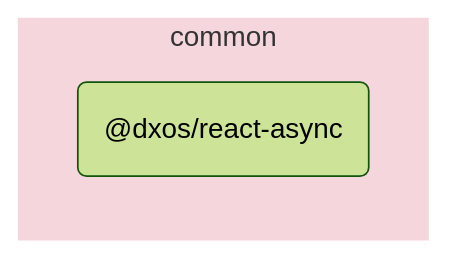
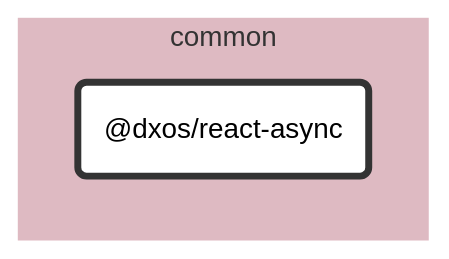
Before and after one commit to dxos/dxos: the diagram in packages/common/react-async/docs/README.md, drawn with Mermaid (forest theme). The commit also changed other lines of this file and 89 other files, not shown here.

````diff
--- a/packages/common/react-async/docs/README.md
+++ b/packages/common/react-async/docs/README.md
@@ -5,9 +7,25 @@
 ```mermaid
-flowchart LR;
+%%{ init: {'flowchart':{'curve':'basis'}} }%%
 
+flowchart LR
+
+%% Links
+
+%% Sections
 subgraph common
-  style common fill:#f5d6dd,stroke:#fff;
-  dxos/react-async("@dxos/react-async");
+  style common fill:#debac2,stroke:#fff;
+
+  dxos/react-async("@dxos/react-async")
 end
 
+
+%% Hyperlinks
+
+%% Styles
+classDef rootNode fill:#fff,stroke:#333,stroke-width:4px
+classDef defaultNode fill:#fff,stroke:#333,stroke-width:1px
+linkStyle default stroke:#333,stroke-width:1px
+
+dxos/react-async:::rootNode
+
 ```
````
